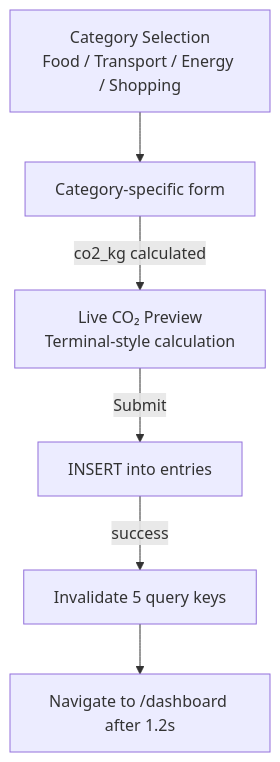
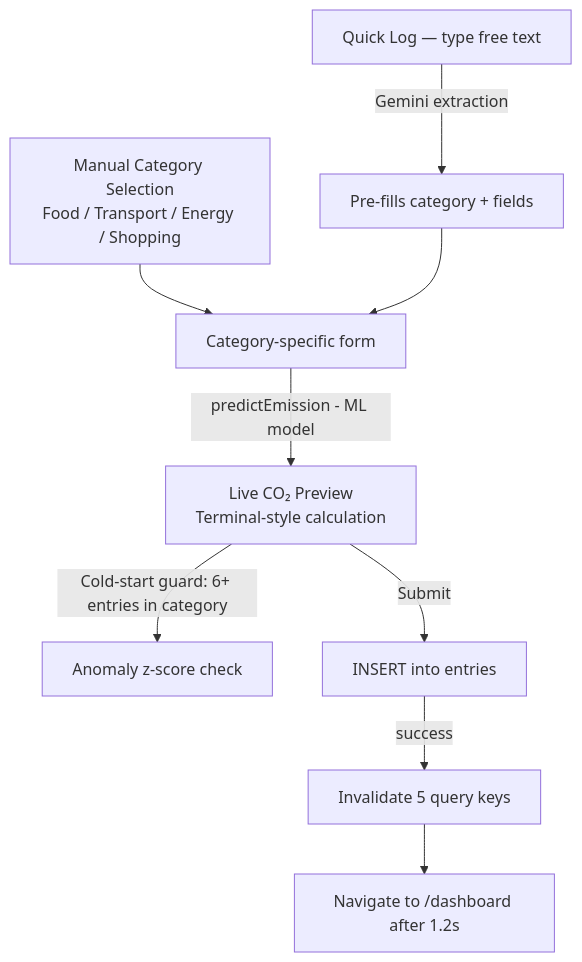
One commit to Pawanrudupa/carbon-zen-flow changed the fourth of 9 diagrams in README.md. Above: the diagram before and after it, drawn with Mermaid. The commit also changed other lines of this file, not shown here.

First line of the commit message:
Revise README for ML model and feature updates

````diff
--- a/README.md
+++ b/README.md
@@ -471,8 +522,11 @@
 ```mermaid
 flowchart TD
-    CAT[Category Selection\nFood / Transport / Energy / Shopping] --> FORM[Category-specific form]
-    FORM -->|co2_kg calculated| PREVIEW[Live CO₂ Preview\nTerminal-style calculation]
+    QL[Quick Log — type free text] -->|Gemini extraction| PREFILL[Pre-fills category + fields]
+    CAT[Manual Category Selection\nFood / Transport / Energy / Shopping] --> FORM[Category-specific form]
+    PREFILL --> FORM
+    FORM -->|predictEmission - ML model| PREVIEW[Live CO₂ Preview\nTerminal-style calculation]
+    PREVIEW -->|Cold-start guard: 6+ entries in category| ANOMALY[Anomaly z-score check]
     PREVIEW -->|Submit| INSERT[INSERT into entries]
     INSERT -->|success| INVALIDATE[Invalidate 5 query keys]
     INVALIDATE --> NAVIGATE[Navigate to /dashboard after 1.2s]
 ```
````
